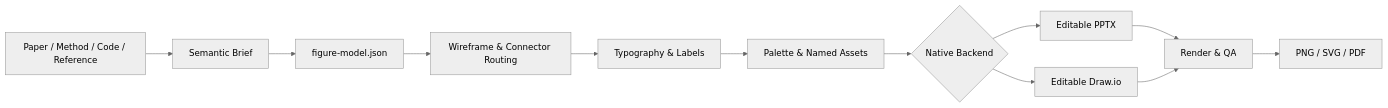
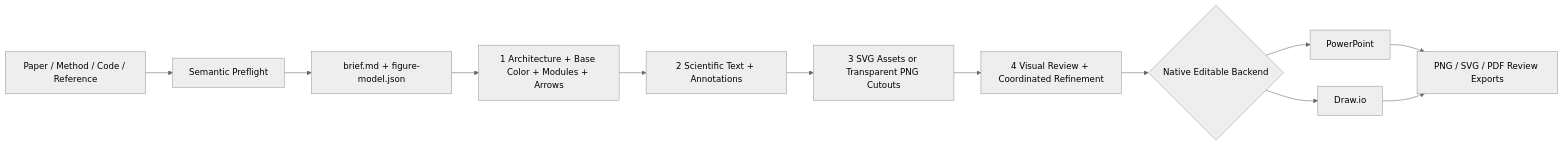
Before and after one commit to Haohaha-11/draw-in-method: the diagram in README.md, drawn with Mermaid (neutral theme). The commit also changed other lines of this file and 9 other files, not shown here.

````diff
--- a/README.md
+++ b/README.md
@@ -265,14 +268,14 @@
 ```mermaid
 flowchart LR
-    A[Paper / Method / Code / Reference] --> B[Semantic Brief]
-    B --> C[figure-model.json]
-    C --> D[Wireframe & Connector Routing]
-    D --> E[Typography & Labels]
-    E --> F[Palette & Named Assets]
-    F --> G{Native Backend}
-    G --> H[Editable PPTX]
-    G --> I[Editable Draw.io]
-    H --> J[Render & QA]
-    I --> J
-    J --> K[PNG / SVG / PDF]
+    A[Paper / Method / Code / Reference] --> B[Semantic Preflight]
+    B --> C[brief.md + figure-model.json]
+    C --> D[1 Architecture + Base Color + Modules + Arrows]
+    D --> E[2 Scientific Text + Annotations]
+    E --> F[3 SVG Assets or Transparent PNG Cutouts]
+    F --> G[4 Visual Review + Coordinated Refinement]
+    G --> H{Native Editable Backend}
+    H --> I[PowerPoint]
+    H --> J[Draw.io]
+    I --> K[PNG / SVG / PDF Review Exports]
+    J --> K
 ```
````
